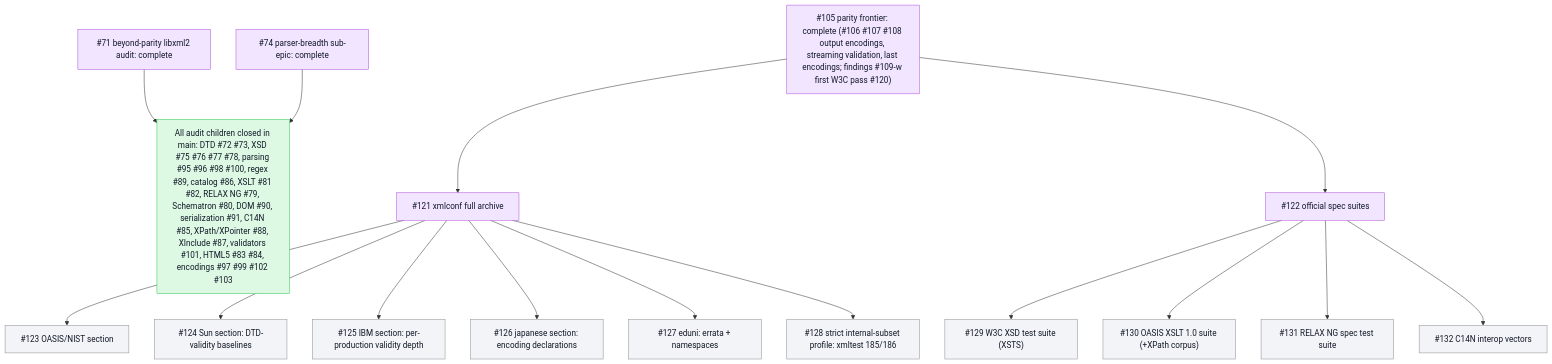
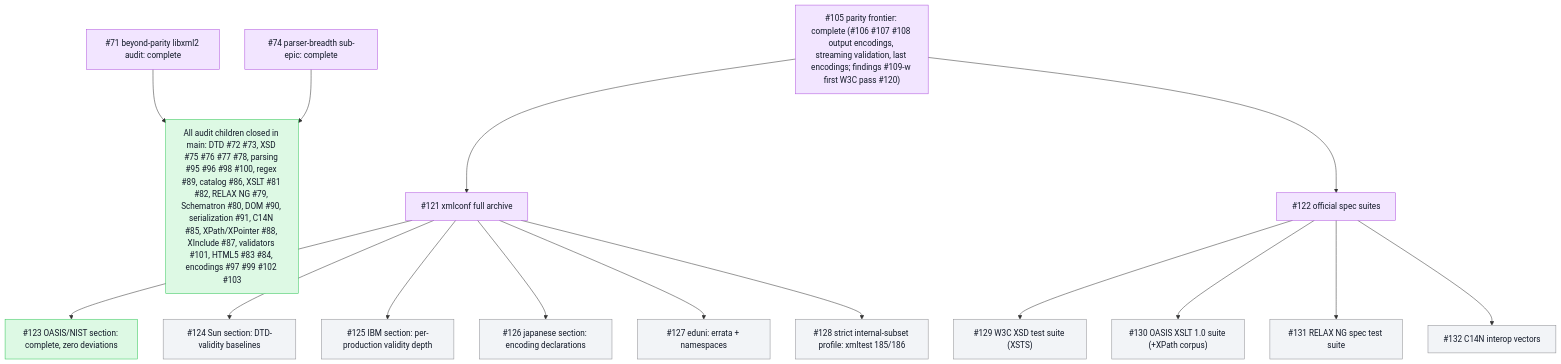
The second of 2 diagrams in README.md (mihaelamj/PureXML), drawn with Mermaid before and after one commit. The commit also changed other lines of this file and 9 other files, not shown here.

````diff
--- a/README.md
+++ b/README.md
@@ -78,37 +78,37 @@
 ```mermaid
 flowchart TB
   classDef done fill:#ddf9e4,stroke:#34c759,color:#111827
   classDef review fill:#fff7d6,stroke:#ffcc00,color:#111827
   classDef epic fill:#f2e5ff,stroke:#af52de,color:#111827
   classDef todo fill:#f2f4f7,stroke:#8e8e93,color:#111827
   Epic71["#71 beyond-parity libxml2 audit: complete"]:::epic
   Epic74["#74 parser-breadth sub-epic: complete"]:::epic
   Done["All audit children closed in main: DTD #72 #73, XSD #75 #76 #77 #78, parsing #95 #96 #98 #100, regex #89, catalog #86, XSLT #81 #82, RELAX NG #79, Schematron #80, DOM #90, serialization #91, C14N #85, XPath/XPointer #88, XInclude #87, validators #101, HTML5 #83 #84, encodings #97 #99 #102 #103"]:::done
   Epic71 --> Done
   Epic74 --> Done
   Epic105["#105 parity frontier: complete (#106 #107 #108 output encodings, streaming validation, last encodings; findings #109-#119; first W3C pass #120)"]:::epic
   Epic121["#121 xmlconf full archive"]:::epic
-  Oasis["#123 OASIS/NIST section"]:::todo
+  Oasis["#123 OASIS/NIST section: complete, zero deviations"]:::done
   Sun["#124 Sun section: DTD-validity baselines"]:::todo
   IBM["#125 IBM section: per-production validity depth"]:::todo
   Japanese["#126 japanese section: encoding declarations"]:::todo
   Eduni["#127 eduni: errata + namespaces"]:::todo
   StrictSubset["#128 strict internal-subset profile: xmltest 185/186"]:::todo
   Epic122["#122 official spec suites"]:::epic
   XSTS["#129 W3C XSD test suite (XSTS)"]:::todo
   XSLTTS["#130 OASIS XSLT 1.0 suite (+XPath corpus)"]:::todo
   RNGTS["#131 RELAX NG spec test suite"]:::todo
   C14NTS["#132 C14N interop vectors"]:::todo
   Epic105 --> Epic121
   Epic105 --> Epic122
   Epic121 --> Oasis
   Epic121 --> Sun
   Epic121 --> IBM
   Epic121 --> Japanese
   Epic121 --> Eduni
   Epic121 --> StrictSubset
   Epic122 --> XSTS
   Epic122 --> XSLTTS
   Epic122 --> RNGTS
   Epic122 --> C14NTS
 ```
````
